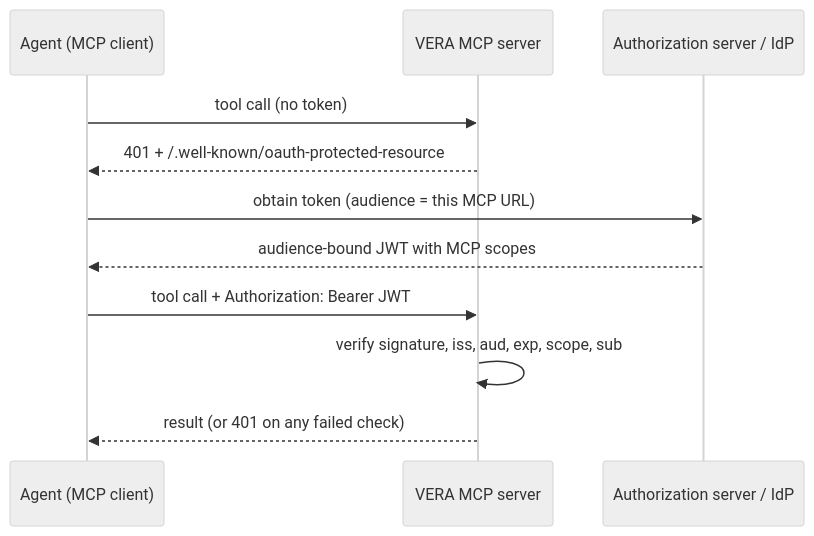
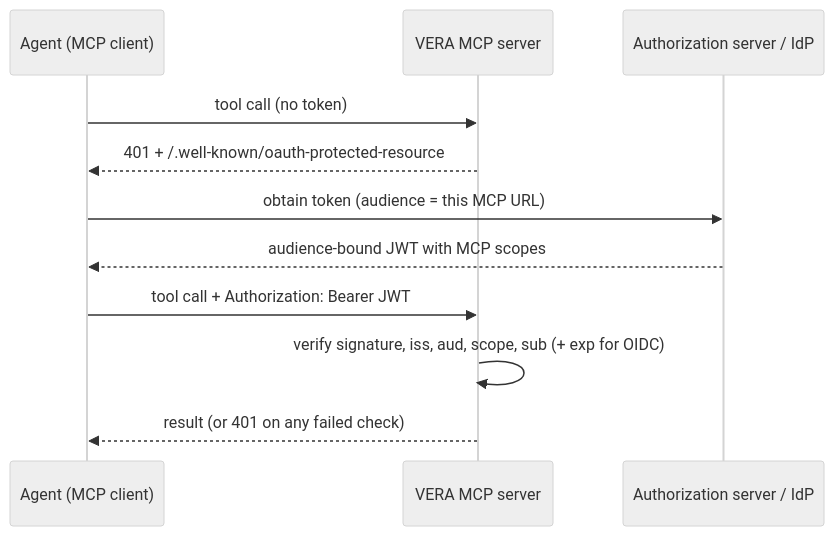
One commit to KKloudTarus/vera changed the first of 2 diagrams in docs/mcp.md. Above: the diagram before and after it, drawn with Mermaid (neutral theme). The commit also changed other lines of this file and 23 other files, not shown here.

````diff
--- a/docs/mcp.md
+++ b/docs/mcp.md
@@ -108,13 +109,13 @@
 ```mermaid
 sequenceDiagram
   participant C as Agent (MCP client)
   participant M as VERA MCP server
   participant A as Authorization server / IdP
   C->>M: tool call (no token)
   M-->>C: 401 + /.well-known/oauth-protected-resource
   C->>A: obtain token (audience = this MCP URL)
   A-->>C: audience-bound JWT with MCP scopes
   C->>M: tool call + Authorization: Bearer JWT
-  M->>M: verify signature, iss, aud, exp, scope, sub
+  M->>M: verify signature, iss, aud, scope, sub (+ exp for OIDC)
   M-->>C: result (or 401 on any failed check)
 ```
````
